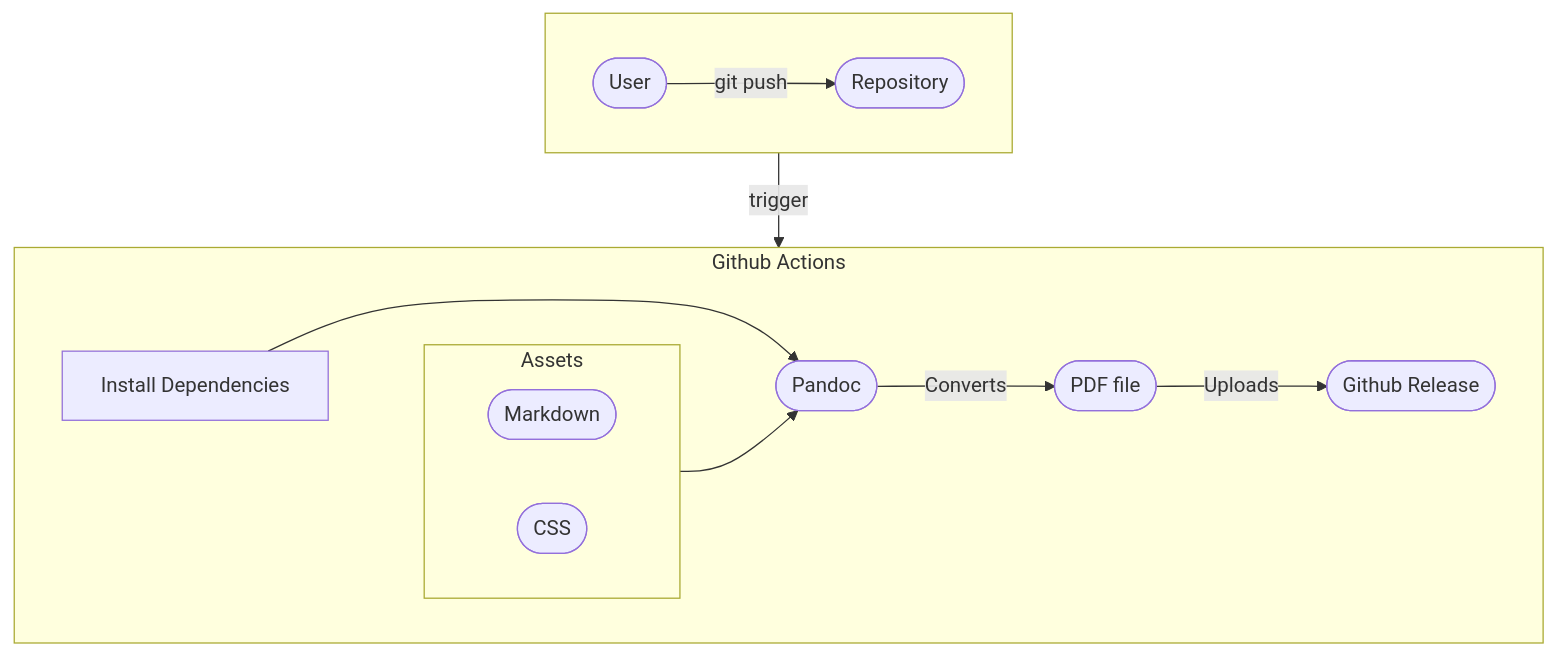
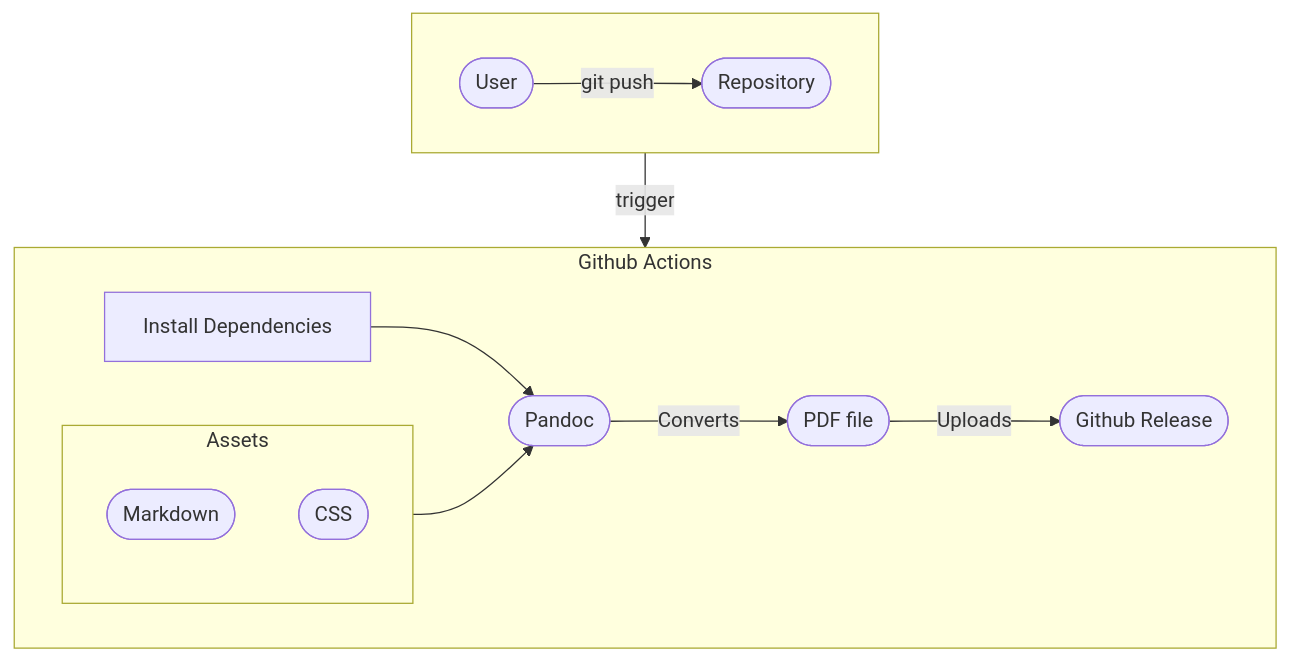
Before and after one commit to ShaharNaveh/ShaharNaveh.github.io: the diagram in content/blog/cicd-your-resume/index.md, drawn with Mermaid.

````diff
--- a/content/blog/cicd-your-resume/index.md
+++ b/content/blog/cicd-your-resume/index.md
@@ -17,30 +17,29 @@
 ```mermaid
 flowchart TD
   user([User])
   repository([Repository])
   action([Github Action])
   dependencies["Install Dependencies"]
   pandoc([Pandoc])
   markdown([Markdown])
   css([CSS])
   pdf([PDF file])
   release([Github Release])
 
   subgraph push [" "]
     user-- git push -->repository
   end
  
   subgraph action [Github Actions]
     dependencies-->pandoc
-    dependencies ~~~ assets
     pandoc-- Converts -->pdf
     pdf-- Uploads -->release
-  end
 
-  subgraph assets [Assets]
-    markdown & css
+    subgraph assets [Assets]
+      markdown & css
+    end
   end
 
 push-- trigger -->action
 assets-->pandoc
 ```
````
